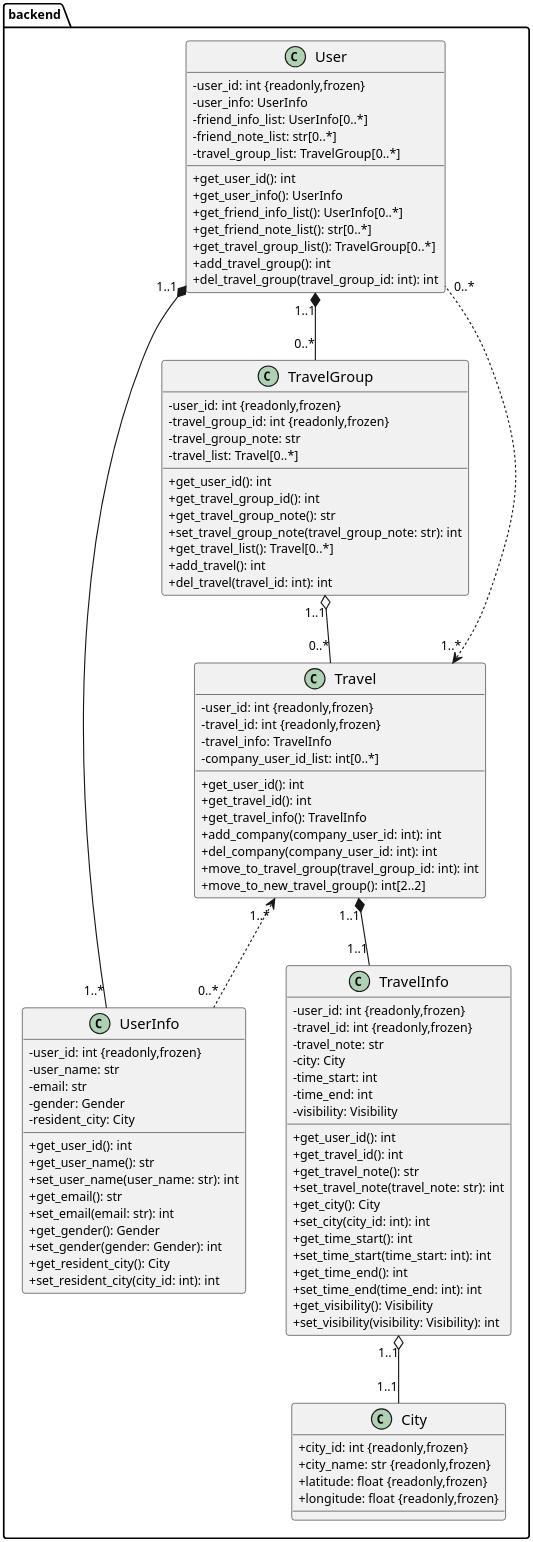
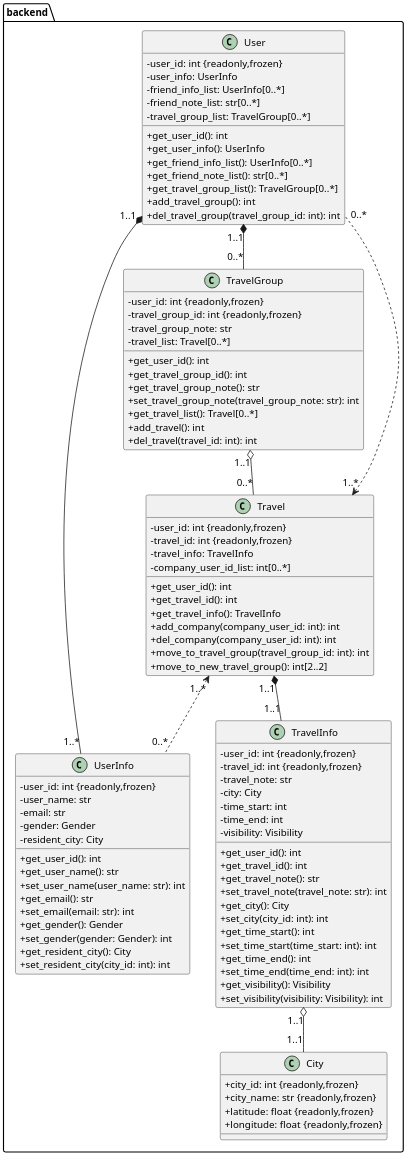
The diagram in doc/ClassDiagram.backend.puml (skyetim/travel_planning_website), drawn with PlantUML before and after one commit. The commit also changed 1 other file, not shown here.

Commit message:
chore: change PlantUML setting

```diff
--- a/doc/ClassDiagram.backend.puml
+++ b/doc/ClassDiagram.backend.puml
@@ -1,110 +1,111 @@
 @startuml
 
-skinparam classAttributeIconSize 0
-skinparam Dpi 300
-skinparam DefaultFontName Menlo
-skinparam DefaultFontSize 11
-skinparam DefaultFontStyle bold
-skinparam ClassFontSize 13
+skinparam Dpi 200
+skinparam DefaultFont {
+    Name Menlo
+    Size 13
+    Style bold
+}
+skinparam ClassAttributeIconSize 0
 
 namespace backend {
 
     User "1..1" *-- "1..*" UserInfo
     User "1..1" *-- "0..*" TravelGroup
     TravelGroup "1..1" o-- "0..*" Travel
     Travel "1..1" *-- "1..1" TravelInfo
     Travel "1..*" <.. "0..*" User
     Travel "1..*" <.. "0..*" UserInfo
     TravelInfo "1..1" o-- "1..1" City
 
     class User {
         - user_id: int {readonly,frozen}
         - user_info: UserInfo
         - friend_info_list: UserInfo[0..*]
         - friend_note_list: str[0..*]
         - travel_group_list: TravelGroup[0..*]
         + get_user_id(): int
         + get_user_info(): UserInfo
         + get_friend_info_list(): UserInfo[0..*]
         + get_friend_note_list(): str[0..*]
         + get_travel_group_list(): TravelGroup[0..*]
         + add_travel_group(): int
         + del_travel_group(travel_group_id: int): int
     }
 
     class UserInfo {
         - user_id: int {readonly,frozen}
         - user_name: str
         - email: str
         - gender: Gender
         - resident_city: City
         + get_user_id(): int
         + get_user_name(): str
         + set_user_name(user_name: str): int
         + get_email(): str
         + set_email(email: str): int
         + get_gender(): Gender
         + set_gender(gender: Gender): int
         + get_resident_city(): City
         + set_resident_city(city_id: int): int
     }
 
     class TravelGroup {
         - user_id: int {readonly,frozen}
         - travel_group_id: int {readonly,frozen}
         - travel_group_note: str
         - travel_list: Travel[0..*]
         + get_user_id(): int
         + get_travel_group_id(): int
         + get_travel_group_note(): str
         + set_travel_group_note(travel_group_note: str): int
         + get_travel_list(): Travel[0..*]
         + add_travel(): int
         + del_travel(travel_id: int): int
     }
 
     class Travel {
         - user_id: int {readonly,frozen}
         - travel_id: int {readonly,frozen}
         - travel_info: TravelInfo
         - company_user_id_list: int[0..*]
         + get_user_id(): int
         + get_travel_id(): int
         + get_travel_info(): TravelInfo
         + add_company(company_user_id: int): int
         + del_company(company_user_id: int): int
         + move_to_travel_group(travel_group_id: int): int
         + move_to_new_travel_group(): int[2..2]
     }
 
     class TravelInfo {
         - user_id: int {readonly,frozen}
         - travel_id: int {readonly,frozen}
         - travel_note: str
         - city: City
         - time_start: int
         - time_end: int
         - visibility: Visibility
         + get_user_id(): int
         + get_travel_id(): int
         + get_travel_note(): str
         + set_travel_note(travel_note: str): int
         + get_city(): City
         + set_city(city_id: int): int
         + get_time_start(): int
         + set_time_start(time_start: int): int
         + get_time_end(): int
         + set_time_end(time_end: int): int
         + get_visibility(): Visibility
         + set_visibility(visibility: Visibility): int
     }
 
     class City {
         + city_id: int {readonly,frozen}
         + city_name: str {readonly,frozen}
         + latitude: float {readonly,frozen}
         + longitude: float {readonly,frozen}
     }
 }
 
 @enduml
```
